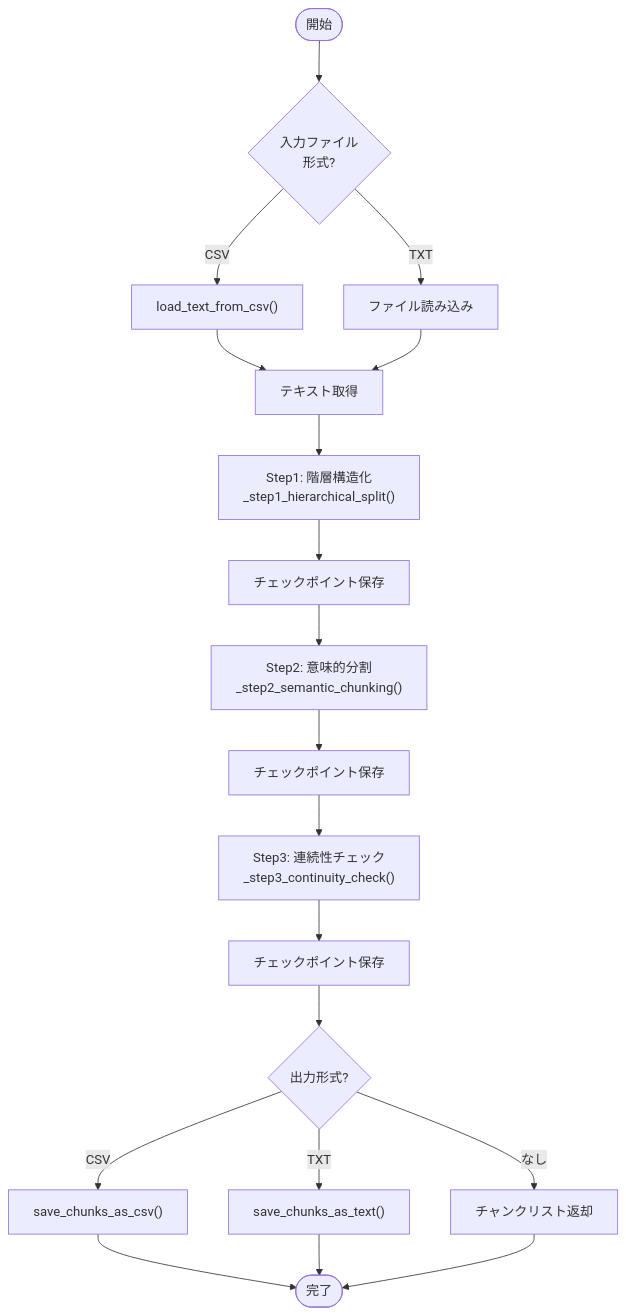
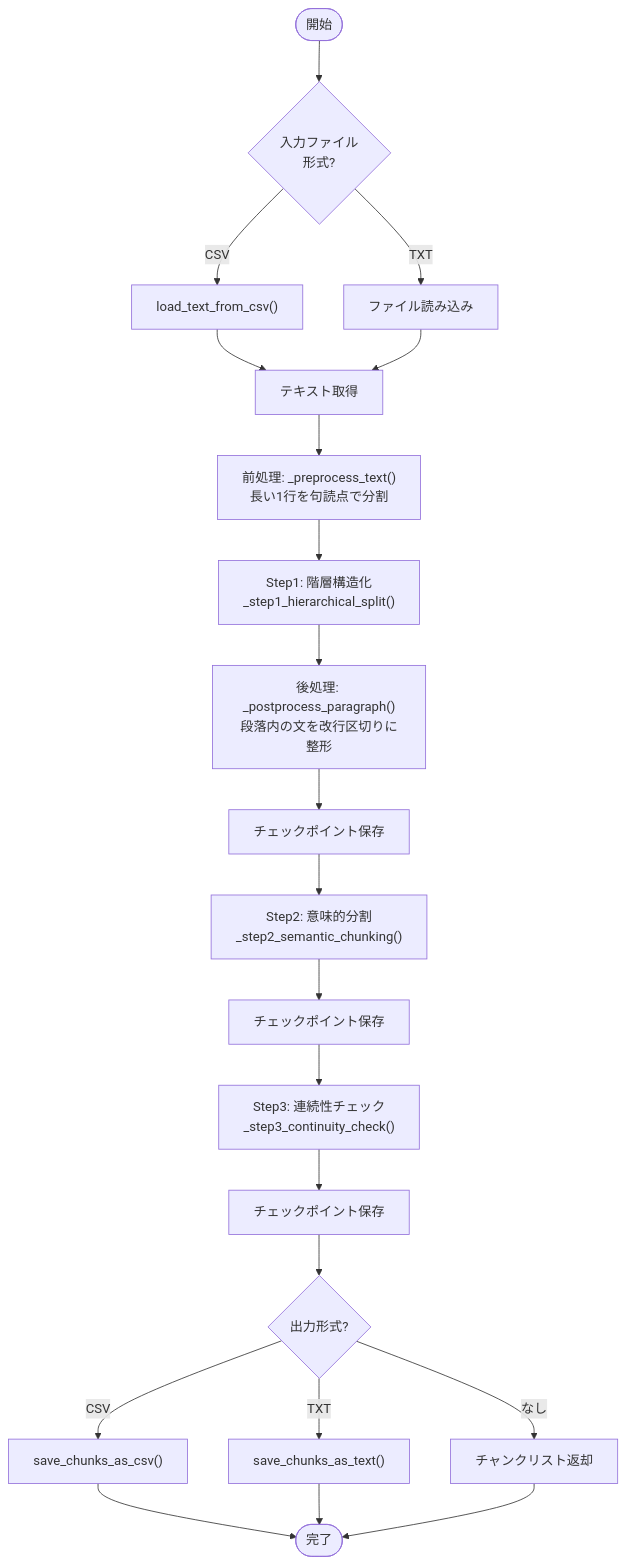
One commit to nakashima2toshio/gemini_grace_agent changed the sixth of 7 diagrams in chunking/doc/csv_text_to_chunks_text_csv.md. Above: the diagram before and after it, drawn with Mermaid. The commit also changed other lines of this file and 4 other files, not shown here.

````diff
--- a/chunking/doc/csv_text_to_chunks_text_csv.md
+++ b/chunking/doc/csv_text_to_chunks_text_csv.md
@@ -980,26 +1077,28 @@
 ```mermaid
 flowchart TB
     START(["開始"]) --> INPUT{"入力ファイル<br/>形式?"}
 
     INPUT -->|CSV| LOAD_CSV["load_text_from_csv()"]
     INPUT -->|TXT| LOAD_TXT["ファイル読み込み"]
 
     LOAD_CSV --> TEXT["テキスト取得"]
     LOAD_TXT --> TEXT
 
-    TEXT --> STEP1["Step1: 階層構造化<br/>_step1_hierarchical_split()"]
-    STEP1 --> CP1["チェックポイント保存"]
+    TEXT --> PREPROC["前処理: _preprocess_text()<br/>長い1行を句読点で分割"]
+    PREPROC --> STEP1["Step1: 階層構造化<br/>_step1_hierarchical_split()"]
+    STEP1 --> POSTPROC["後処理: _postprocess_paragraph()<br/>段落内の文を改行区切りに整形"]
+    POSTPROC --> CP1["チェックポイント保存"]
     CP1 --> STEP2["Step2: 意味的分割<br/>_step2_semantic_chunking()"]
     STEP2 --> CP2["チェックポイント保存"]
     CP2 --> STEP3["Step3: 連続性チェック<br/>_step3_continuity_check()"]
     STEP3 --> CP3["チェックポイント保存"]
 
     CP3 --> OUTPUT{"出力形式?"}
     OUTPUT -->|CSV| SAVE_CSV["save_chunks_as_csv()"]
     OUTPUT -->|TXT| SAVE_TXT["save_chunks_as_text()"]
     OUTPUT -->|なし| RETURN["チャンクリスト返却"]
 
     SAVE_CSV --> END(["完了"])
     SAVE_TXT --> END
     RETURN --> END
 ```
````
